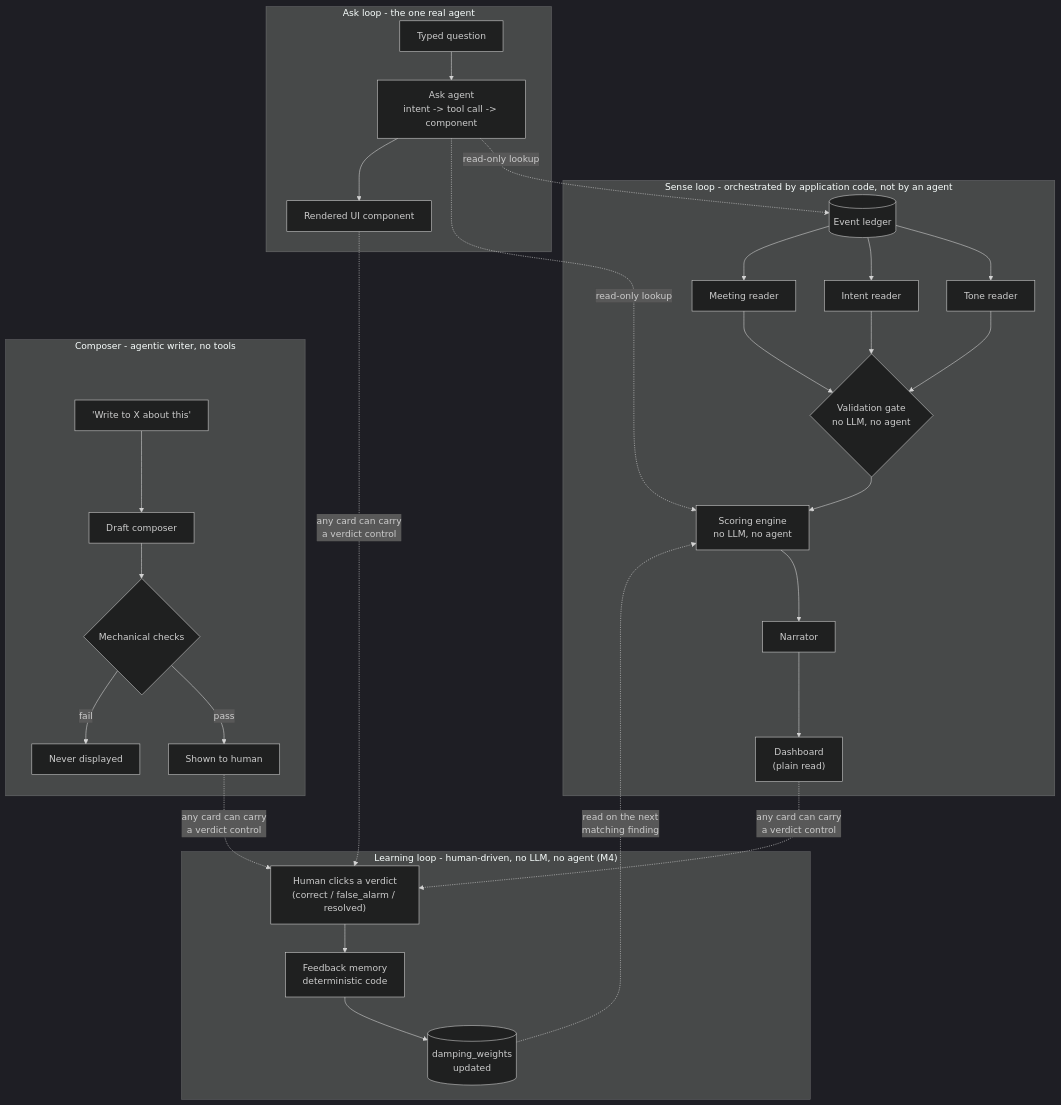
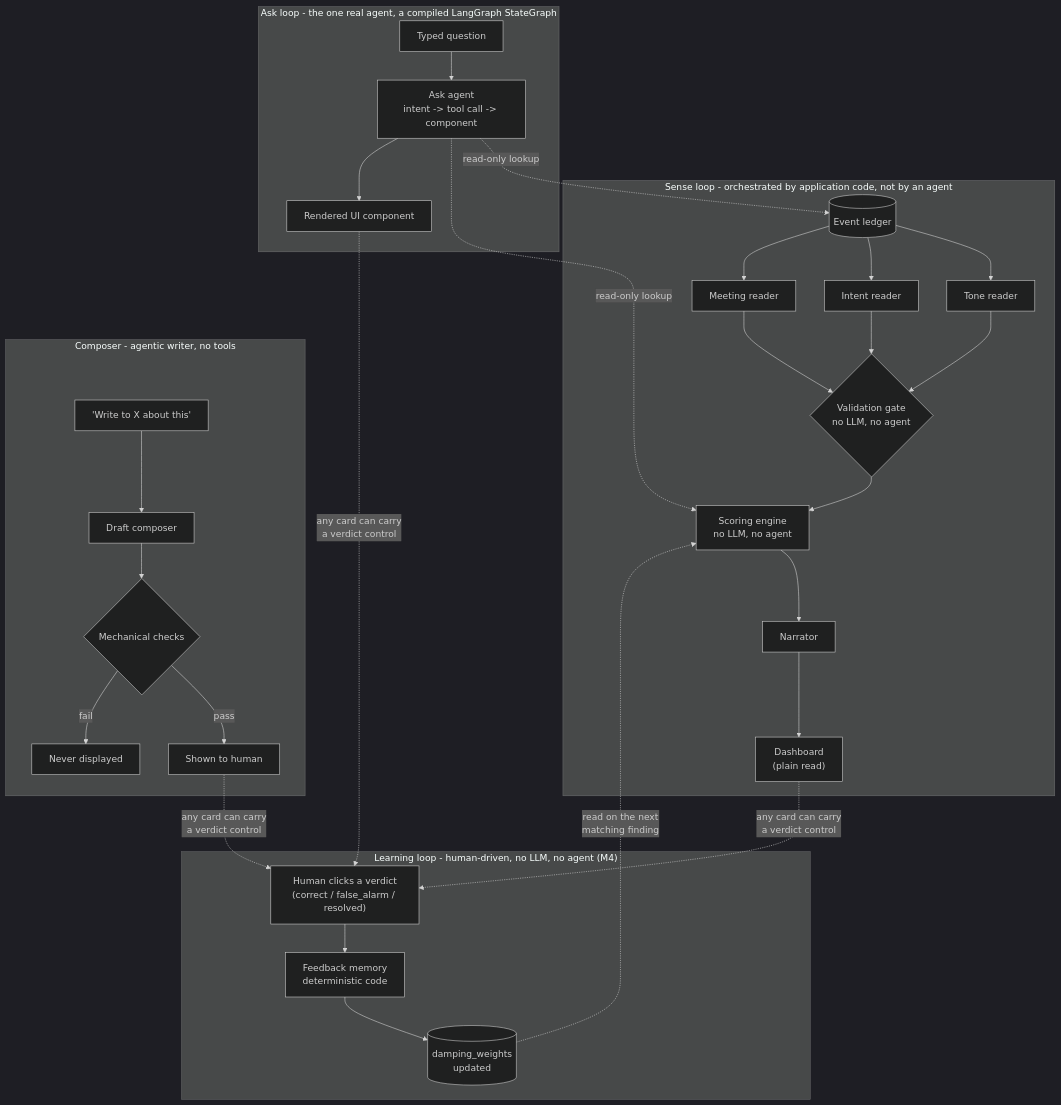
One commit to juanc-huarachi-coderoad-com/agentic-churn changed the diagram in architecture/05-agent-catalog.md. Above: the diagram before and after it, drawn with Mermaid (dark theme). The commit also changed other lines of this file and 59 other files, not shown here.

````diff
--- a/architecture/05-agent-catalog.md
+++ b/architecture/05-agent-catalog.md
@@ -100,38 +101,38 @@
 ```mermaid
 flowchart TB
     subgraph Sense["Sense loop - orchestrated by application code, not by an agent"]
         Ledger[("Event ledger")] --> R1["Tone reader"]
         Ledger --> R2["Intent reader"]
         Ledger --> R3["Meeting reader"]
         R1 --> Gate{"Validation gate\nno LLM, no agent"}
         R2 --> Gate
         R3 --> Gate
         Gate --> Score["Scoring engine\nno LLM, no agent"]
         Score --> Nar["Narrator"]
         Nar --> Dash["Dashboard\n(plain read)"]
     end
 
-    subgraph Ask["Ask loop - the one real agent"]
+    subgraph Ask["Ask loop - the one real agent, a compiled LangGraph StateGraph"]
         Question["Typed question"] --> AskAgent["Ask agent\nintent -> tool call -> component"]
         AskAgent -.->|"read-only lookup"| Ledger
         AskAgent -.->|"read-only lookup"| Score
         AskAgent --> Component["Rendered UI component"]
     end
 
     subgraph Compose["Composer - agentic writer, no tools"]
         Trigger["'Write to X about this'"] --> Draft["Draft composer"]
         Draft --> Checks{"Mechanical checks"}
         Checks -->|pass| Display["Shown to human"]
         Checks -->|fail| Blocked["Never displayed"]
     end
 
     subgraph Learn["Learning loop - human-driven, no LLM, no agent (M4)"]
         Verdict["Human clicks a verdict\n(correct / false_alarm / resolved)"] --> Memory["Feedback memory\ndeterministic code"]
         Memory --> Damping[("damping_weights\nupdated")]
     end
 
     Dash -.->|"any card can carry\na verdict control"| Verdict
     Component -.->|"any card can carry\na verdict control"| Verdict
     Display -.->|"any card can carry\na verdict control"| Verdict
     Damping -.->|"read on the next\nmatching finding"| Score
 ```
````
